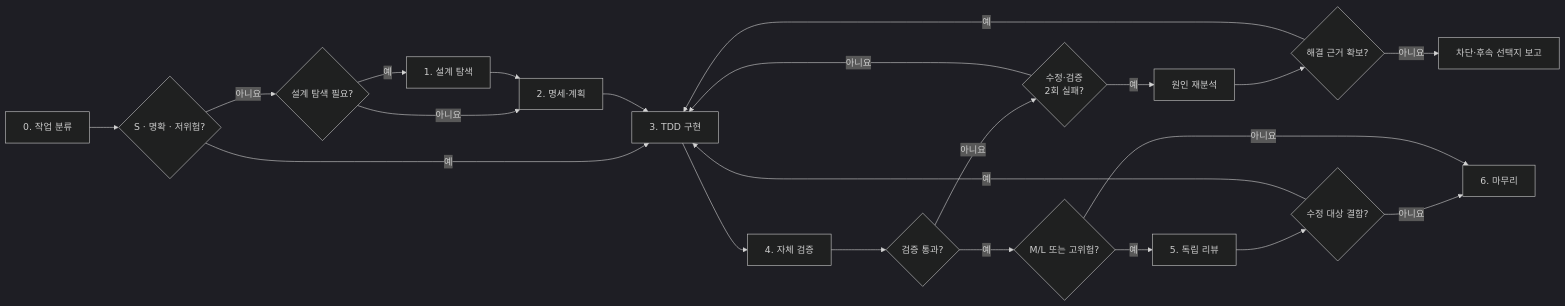
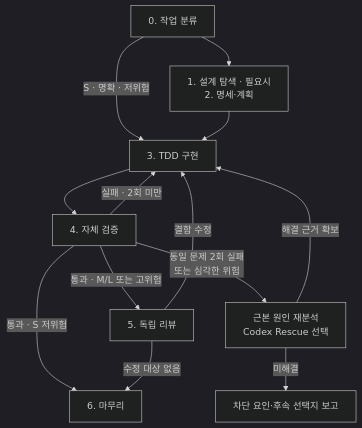
The diagram in README.md (bottle-ship/cc-workflow), drawn with Mermaid (dark theme) before and after one commit.

Commit message:
docs: compact workflow diagram for readable GitHub display

````diff
--- a/README.md
+++ b/README.md
@@ -19,24 +19,15 @@
 ```mermaid
-flowchart LR
-    A["0. 작업 분류"] --> Q{"S · 명확 · 저위험?"}
-    Q -- "예" --> E["3. TDD 구현"]
-    Q -- "아니요" --> B{"설계 탐색 필요?"}
-    B -- "예" --> C["1. 설계 탐색"]
-    B -- "아니요" --> D["2. 명세·계획"]
-    C --> D
-    D --> E
-    E --> F["4. 자체 검증"]
-    F --> G{"검증 통과?"}
-    G -- "아니요" --> R{"수정·검증<br/>2회 실패?"}
-    R -- "아니요" --> E
-    R -- "예" --> S["원인 재분석"]
-    S --> T{"해결 근거 확보?"}
-    T -- "예" --> E
-    T -- "아니요" --> U["차단·후속 선택지 보고"]
-    G -- "예" --> H{"M/L 또는 고위험?"}
-    H -- "예" --> I["5. 독립 리뷰"]
-    I --> J{"수정 대상 결함?"}
-    J -- "예" --> E
-    J -- "아니요" --> K["6. 마무리"]
-    H -- "아니요" --> K
+flowchart TD
+    A["0. 작업 분류"] --> B["1. 설계 탐색 · 필요시<br/>2. 명세·계획"]
+    A -- "S · 명확 · 저위험" --> C["3. TDD 구현"]
+    B --> C
+    C --> D["4. 자체 검증"]
+    D -- "통과 · M/L 또는 고위험" --> E["5. 독립 리뷰"]
+    D -- "통과 · S 저위험" --> F["6. 마무리"]
+    E -- "수정 대상 없음" --> F
+    E -- "결함 수정" --> C
+    D -- "실패 · 2회 미만" --> C
+    D -- "동일 문제 2회 실패<br/>또는 심각한 위험" --> G["근본 원인 재분석<br/>Codex Rescue 선택"]
+    G -- "해결 근거 확보" --> C
+    G -- "미해결" --> H["차단 요인·후속 선택지 보고"]
 ```
````
